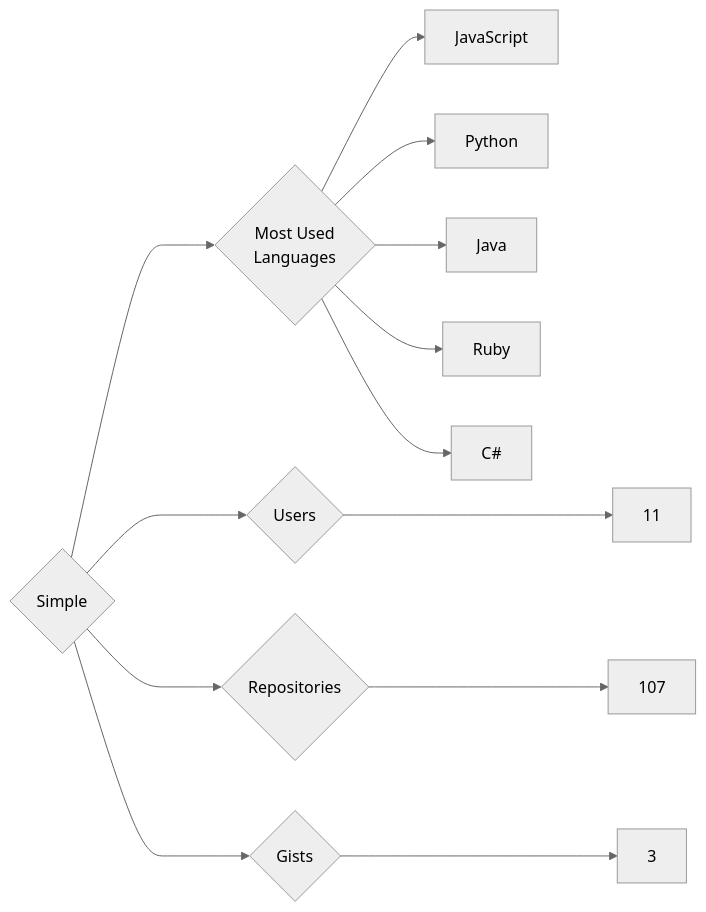
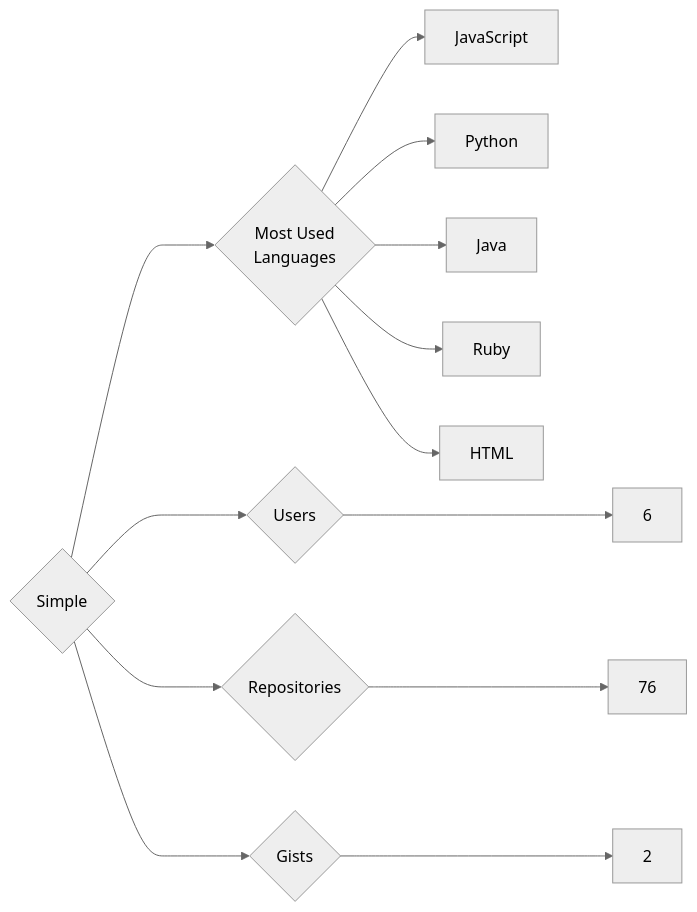
The diagram in targets/Simple/README.md (trickest/insiders), drawn with Mermaid (neutral theme) before and after one commit. The commit also changed 833 other files, not shown here.

````diff
--- a/targets/Simple/README.md
+++ b/targets/Simple/README.md
@@ -3,13 +3,13 @@
 ```mermaid
 graph LR
 COMPANY_NAME{Simple}
-COMPANY_NAME ---> U{Users} ---> UN[11]
-COMPANY_NAME ---> R{Repositories} ---> RN[107]
-COMPANY_NAME ---> G{Gists} ---> GN[3]
+COMPANY_NAME ---> U{Users} ---> UN[6]
+COMPANY_NAME ---> R{Repositories} ---> RN[76]
+COMPANY_NAME ---> G{Gists} ---> GN[2]
 COMPANY_NAME ---> ML{Most Used<br>Languages}
 ML --> JavaScript[JavaScript]
 ML --> Python[Python]
 ML --> Java[Java]
 ML --> Ruby[Ruby]
-ML --> C#[C#]
+ML --> HTML[HTML]
 ```
````
